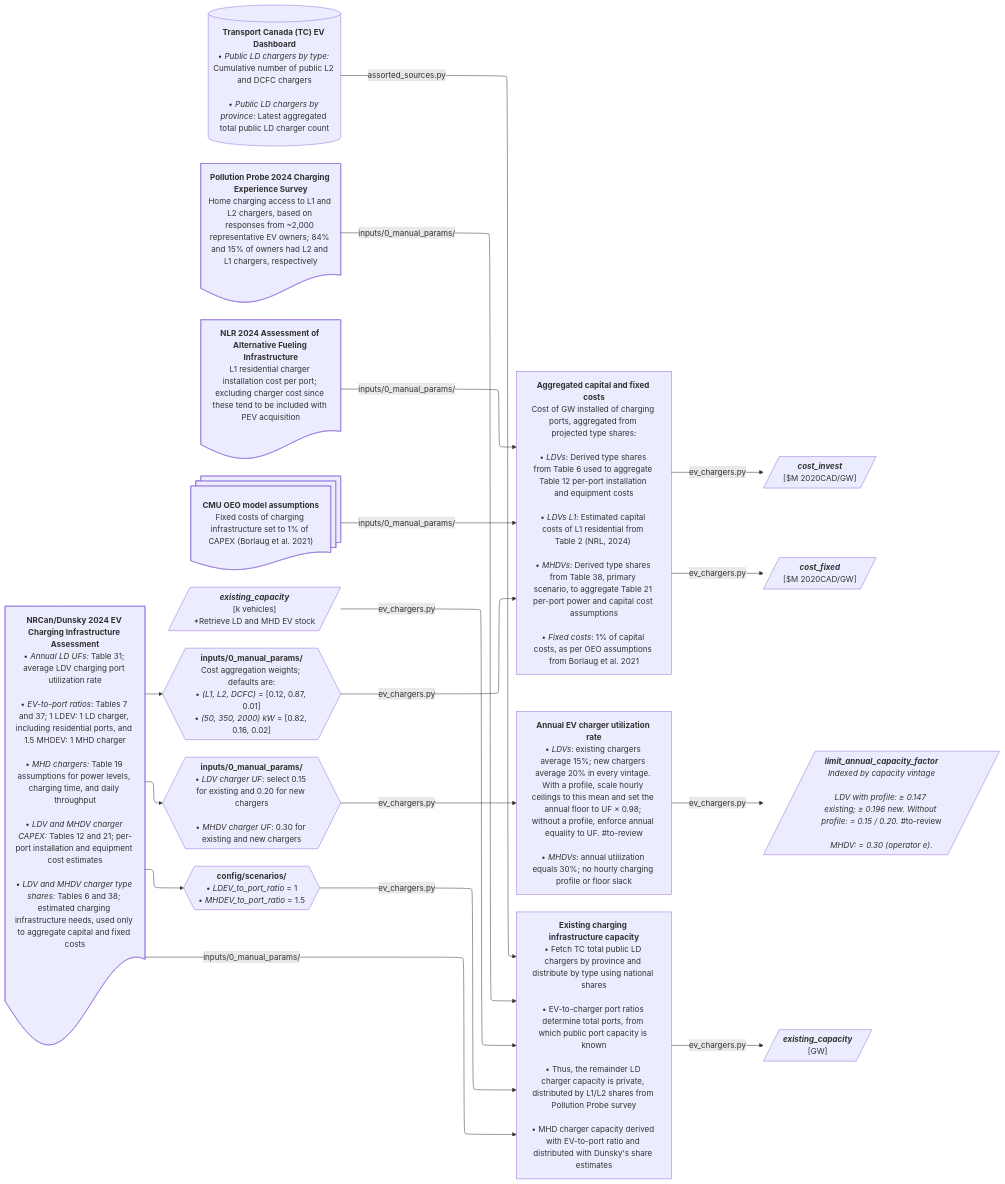
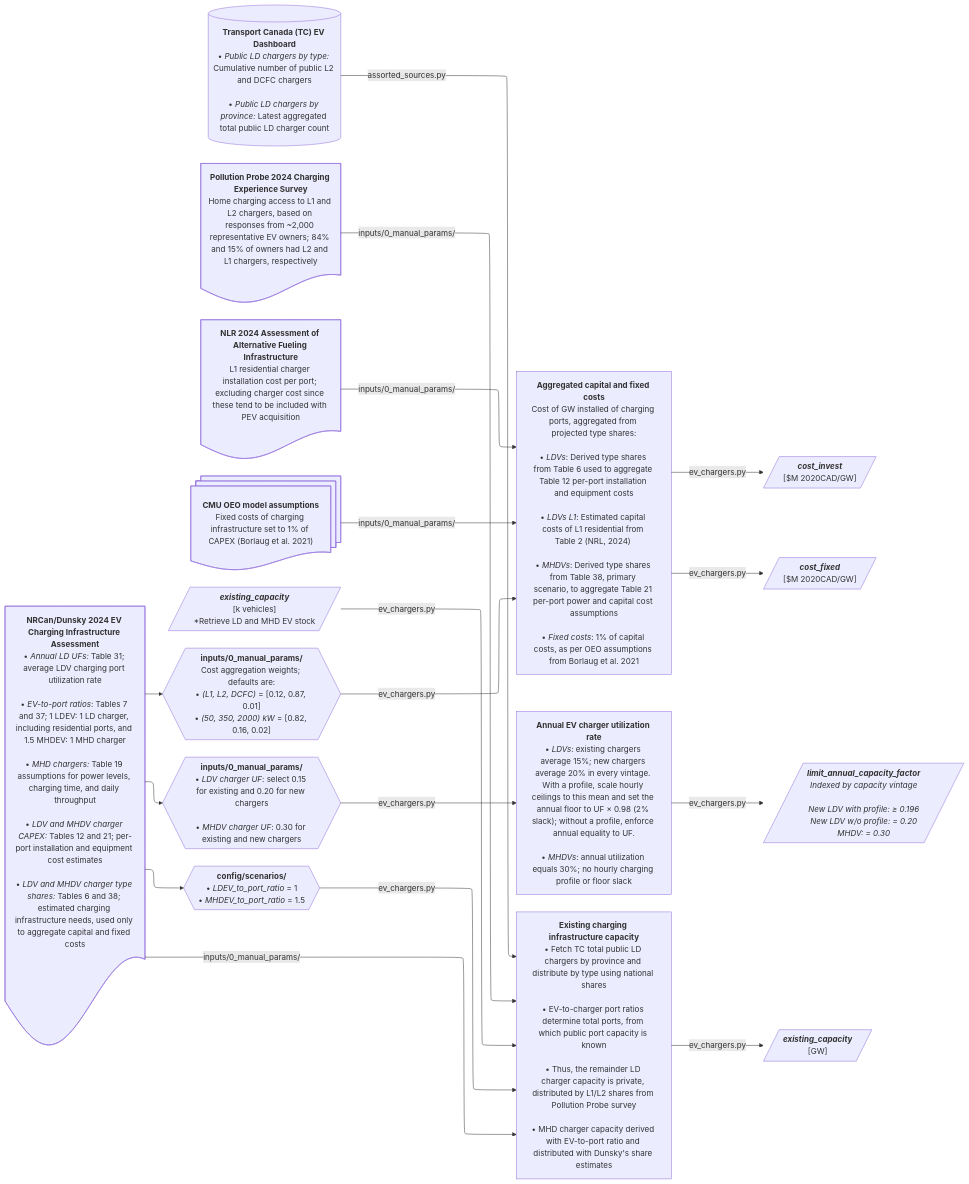
Before and after one commit to CANOE-main/canoe-transportation: the tenth of 12 diagrams in docs/etl_flowcharts.md, drawn with Mermaid. The commit also changed other lines of this file and 29 other files, not shown here.

```diff
--- a/docs/etl_flowcharts.md
+++ b/docs/etl_flowcharts.md
@@ -920,7 +917,7 @@
     [$M 2020CAD/GW]`"/]
 
   p1["`**Annual EV charger utilization rate**
-    • *LDVs*: existing chargers average 15%; new chargers average 20% in every vintage. With a profile, scale hourly ceilings to this mean and set the annual floor to UF × 0.98; without a profile, enforce annual equality to UF. #to-review<br>
+    • *LDVs*: existing chargers average 15%; new chargers average 20% in every vintage. With a profile, scale hourly ceilings to this mean and set the annual floor to UF × 0.98 (2% slack); without a profile, enforce annual equality to UF.<br>
     • *MHDVs*: annual utilization equals 30%; no hourly charging profile or floor slack`"]
   p1_2@{shape: hex, label: "**inputs/0_manual_params/**
     • *LDV charger UF*: select 0.15 for existing and 0.20 for new chargers<br>
@@ -928,8 +925,9 @@
   s1 --> p1_2 -- ev_chargers.py --> p1
   p1 -- ev_chargers.py --> o1[/"`***limit_annual_capacity_factor***
     *Indexed by capacity vintage*<br>
-    *LDV with profile: ≥ 0.147 existing; ≥ 0.196 new. Without profile: = 0.15 / 0.20.* #to-review<br>
-    *MHDV: = 0.30 (operator e).*`"/]
+    *New LDV with profile: ≥ 0.196*
+    *New LDV w/o profile: = 0.20*
+    *MHDV: = 0.30*`"/]
 
   p2["`**Existing charging infrastructure capacity**
     • Fetch TC total public LD chargers by province and distribute by type using national shares<br>
```
